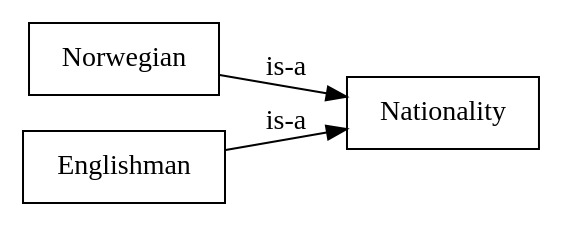
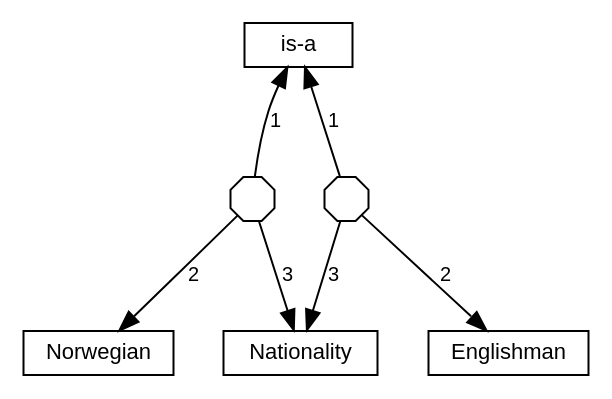
The diagram in docs/ein/user/02-guide/diagrams/01-is-a-facts.dot (agutikov/ein), drawn with Graphviz before and after one commit. The commit also changed 254 other files, not shown here.

```diff
--- a/docs/ein/user/02-guide/diagrams/01-is-a-facts.dot
+++ b/docs/ein/user/02-guide/diagrams/01-is-a-facts.dot
@@ -1,4 +1,15 @@
-digraph { rankdir=LR; node [shape=box];
-  Norwegian  -> Nationality [label="is-a"];
-  Englishman -> Nationality [label="is-a"];
+digraph is_a_facts {
+  rankdir=TB; nodesep=0.35; ranksep=0.6;
+  node [shape=box, fontname="Helvetica", fontsize=11, height=0.3];
+  edge [fontname="Helvetica", fontsize=10];
+  { rank=min; "is-a"; }
+  { rank=max; "Norwegian"; "Englishman"; "Nationality"; }
+  node [shape=octagon, label="", width=0.3, height=0.3, fixedsize=true];
+  m1; m2;
+  m1 -> "is-a" [label="1"];
+  m1 -> "Norwegian" [label="2"];
+  m1 -> "Nationality" [label="3"];
+  m2 -> "is-a" [label="1"];
+  m2 -> "Englishman" [label="2"];
+  m2 -> "Nationality" [label="3"];
 }
```
